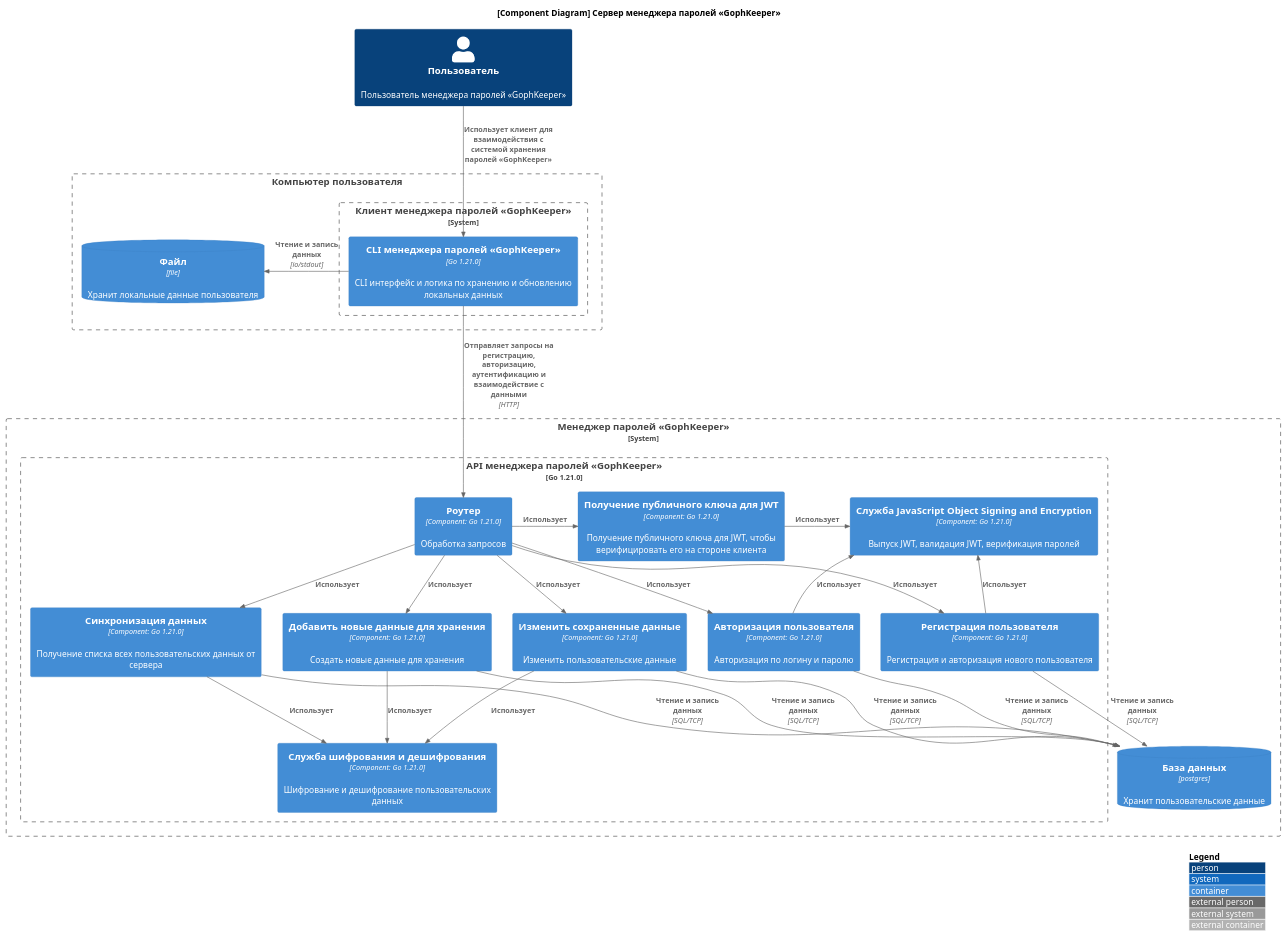
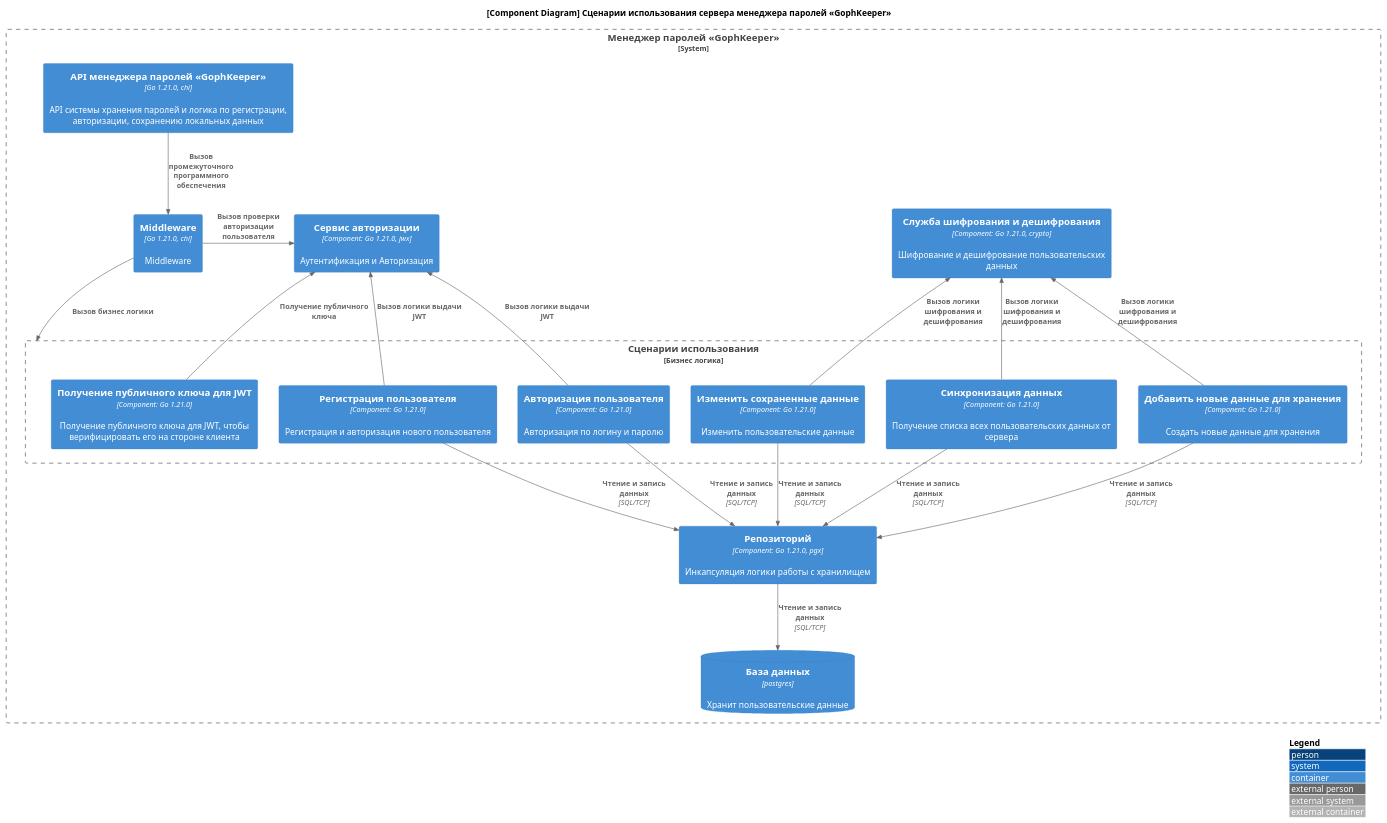
The diagram in docs/arc42/5. Building Block View/5.2 Component/5.2.1 Server.puml (Nickolasll/GophKeeper), drawn with PlantUML before and after one commit. The commit also changed 83 other files, not shown here.

```diff
--- a/docs/arc42/5. Building Block View/5.2 Component/5.2.1 Server.puml
+++ b/docs/arc42/5. Building Block View/5.2 Component/5.2.1 Server.puml
@@ -1,57 +1,45 @@
 @startuml
 !include https://raw.githubusercontent.com/plantuml-stdlib/C4-PlantUML/master/C4_Container.puml
 
 skinparam wrapWidth 400
 LAYOUT_WITH_LEGEND()
 
 title
-    <b>[Component Diagram] Сервер менеджера паролей «GophKeeper»</b>
+    <b>[Component Diagram] Сценарии использования сервера менеджера паролей «GophKeeper»</b>
 end title
 
-Person(user, "Пользователь", "Пользователь менеджера паролей «GophKeeper»")
-
-Boundary(pc, "Компьютер пользователя") {
-    System_Boundary(client, "Клиент менеджера паролей «GophKeeper»", "Клиентская часть системы безопасного хранения паролей") {
-        Container(client_cli, "CLI менеджера паролей «GophKeeper»", "Go 1.21.0", "CLI интерфейс и логика по хранению и обновлению локальных данных")
-    }
-    ContainerDb(client_db, "Файл", "file", "Хранит локальные данные пользователя")
-
-    Rel_Right(client_cli, client_db, "Чтение и запись данных", "io/stdout")
-}
 
 System_Boundary(server, "Менеджер паролей «GophKeeper»", "Серверная часть системы безопасного хранения паролей") {
-    Boundary(server_api, "API менеджера паролей «GophKeeper»", "Go 1.21.0", "API системы хранения паролей и логика по регистрации, авторизации, сохранению локальных данных") {
-        Container(router, "Роутер", "Component: Go 1.21.0", "Обработка запросов")
+    Boundary(use_cases, "Сценарии использования", "Бизнес логика") {
         Container(register, "Регистрация пользователя", "Component: Go 1.21.0", "Регистрация и авторизация нового пользователя")
         Container(login, "Авторизация пользователя", "Component: Go 1.21.0", "Авторизация по логину и паролю")
         Container(certs, "Получение публичного ключа для JWT", "Component: Go 1.21.0", "Получение публичного ключа для JWT, чтобы верифицировать его на стороне клиента")
         Container(sync, "Синхронизация данных", "Component: Go 1.21.0", "Получение списка всех пользовательских данных от сервера")
         Container(create, "Добавить новые данные для хранения", "Component: Go 1.21.0", "Создать новые данные для хранения")
         Container(change, "Изменить сохраненные данные", "Component: Go 1.21.0", "Изменить пользовательские данные")
-        Container(jose, "Служба JavaScript Object Signing and Encryption", "Component: Go 1.21.0", "Выпуск JWT, валидация JWT, верификация паролей")
-        Container(crypto, "Служба шифрования и дешифрования", "Component: Go 1.21.0", "Шифрование и дешифрование пользовательских данных")
     }
+    Container(server_api, "API менеджера паролей «GophKeeper»", "Go 1.21.0, chi", "API системы хранения паролей и логика по регистрации, авторизации, сохранению локальных данных")
     ContainerDb(server_db, "База данных", "postgres", "Хранит пользовательские данные")
+    Container(middleware, "Middleware", "Go 1.21.0, chi", "Middleware")
+    Container(crypto, "Служба шифрования и дешифрования", "Component: Go 1.21.0, crypto", "Шифрование и дешифрование пользовательских данных")
+    Container(repository, "Репозиторий", "Component: Go 1.21.0, pgx", "Инкапсуляция логики работы с хранилищем")
+    Container(auth, "Сервис авторизации", "Component: Go 1.21.0, jwx", "Аутентификация и Авторизация")
+    
+    Rel_Down(server_api, middleware, "Вызов промежуточного программного обеспечения")
+    Rel_Down(repository, server_db, "Чтение и запись данных", "SQL/TCP")
+    Rel_Down(middleware, use_cases, "Вызов бизнес логики")
+    Rel_Right(middleware, auth, "Вызов проверки авторизации пользователя")
+    Rel_Up(sync, crypto, "Вызов логики шифрования и дешифрования")
+    Rel_Up(create, crypto, "Вызов логики шифрования и дешифрования")
+    Rel_Up(change, crypto, "Вызов логики шифрования и дешифрования")
+    Rel_Up(login, auth, "Вызов логики выдачи JWT")
+    Rel_Up(register, auth, "Вызов логики выдачи JWT")
+    Rel_Up(certs, auth, "Получение публичного ключа")
 
-    Rel_Down(router, register, "Использует")
-    Rel_Up(register, jose, "Использует")
-    Rel(register, server_db, "Чтение и запись данных", "SQL/TCP")
-    Rel_Down(router, login, "Использует")
-    Rel_Up(login, jose, "Использует")
-    Rel(login, server_db, "Чтение и запись данных", "SQL/TCP")
-    Rel_Right(router, certs, "Использует")
-    Rel_Left(certs, jose, "Использует")
-    Rel_Down(router, sync, "Использует")
-    Rel_Down(sync, crypto, "Использует")
-    Rel(sync, server_db, "Чтение и запись данных", "SQL/TCP")
-    Rel_Down(router, create, "Использует")
-    Rel_Down(create, crypto, "Использует")
-    Rel(create, server_db, "Чтение и запись данных", "SQL/TCP")
-    Rel_Down(router, change, "Использует")
-    Rel_Down(change, crypto, "Использует")
-    Rel(change, server_db, "Чтение и запись данных", "SQL/TCP")
+    Rel(register, repository, "Чтение и запись данных", "SQL/TCP")
+    Rel(login, repository, "Чтение и запись данных", "SQL/TCP")
+    Rel(sync, repository, "Чтение и запись данных", "SQL/TCP")
+    Rel(create, repository, "Чтение и запись данных", "SQL/TCP")
+    Rel(change, repository, "Чтение и запись данных", "SQL/TCP")
 }
-
-Rel(user, client_cli, "Использует клиент для взаимодействия с системой хранения паролей «GophKeeper»")
-Rel_Down(client_cli, router, "Отправляет запросы на регистрацию, авторизацию, аутентификацию и взаимодействие с данными", "HTTP")
 @enduml
```
